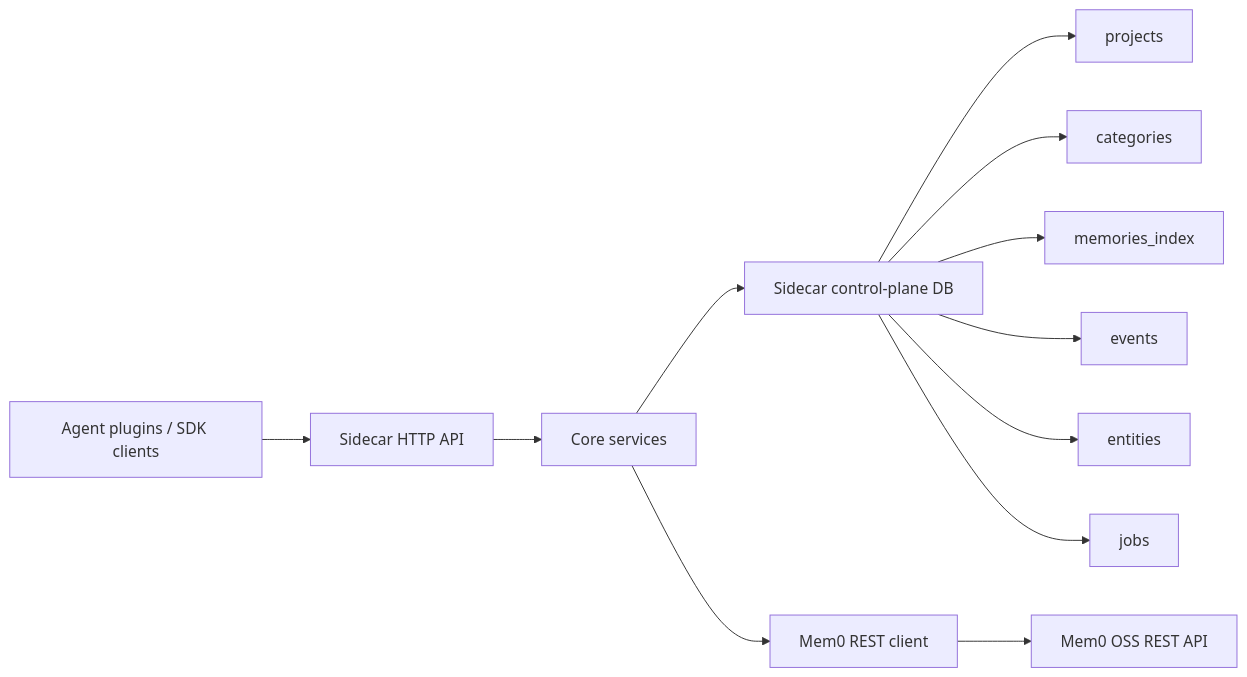
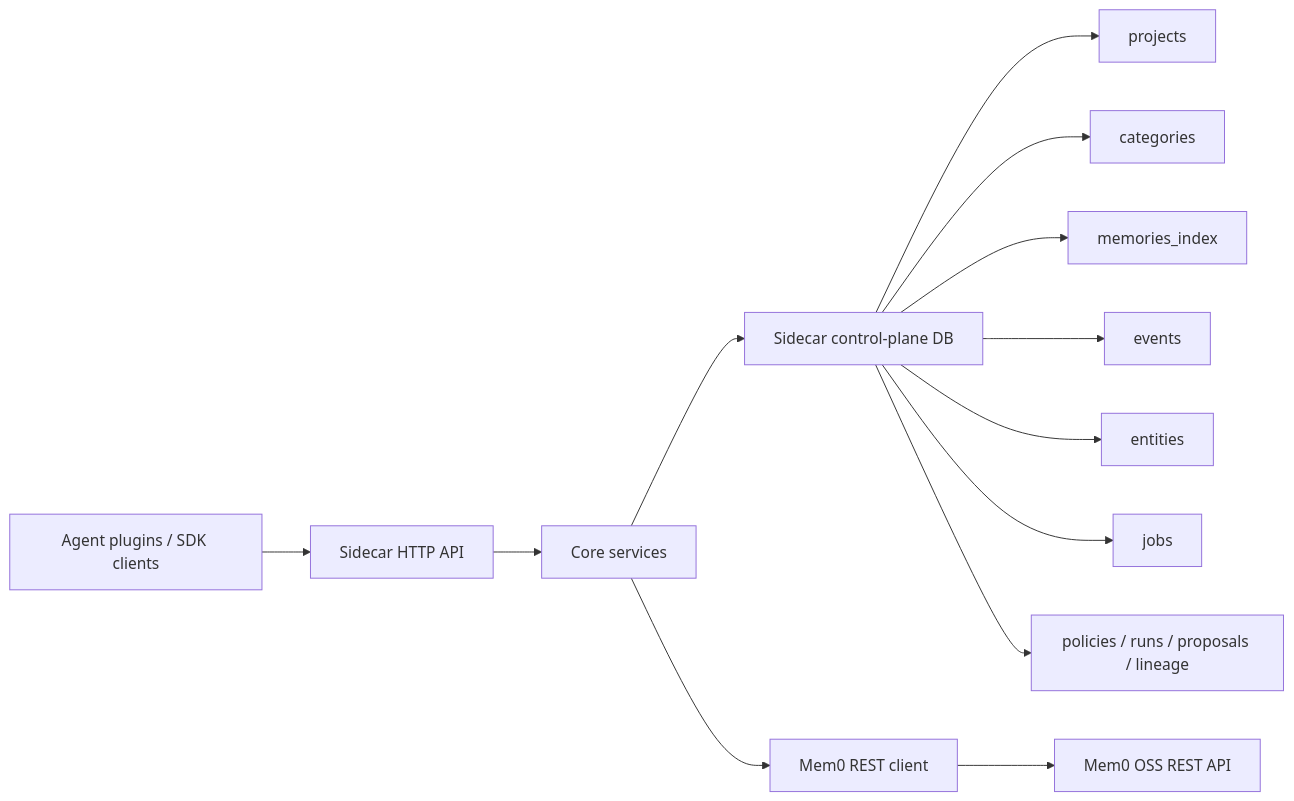
Before and after one commit to SteinX/mem0-platform-sidecar: the diagram in docs/design.md, drawn with Mermaid. The commit also changed other lines of this file and 38 other files, not shown here.

````diff
--- a/docs/design.md
+++ b/docs/design.md
@@ -61,15 +61,16 @@
 ```mermaid
 flowchart LR
     Client["Agent plugins / SDK clients"] --> HTTP["Sidecar HTTP API"]
     HTTP --> Core["Core services"]
     Core --> Store["Sidecar control-plane DB"]
     Core --> Mem0Client["Mem0 REST client"]
     Mem0Client --> Mem0["Mem0 OSS REST API"]
 
     Store --> Projects["projects"]
     Store --> Categories["categories"]
     Store --> Index["memories_index"]
     Store --> Events["events"]
     Store --> Entities["entities"]
     Store --> Jobs["jobs"]
+    Store --> Consolidation["policies / runs / proposals / lineage"]
 ```
````
